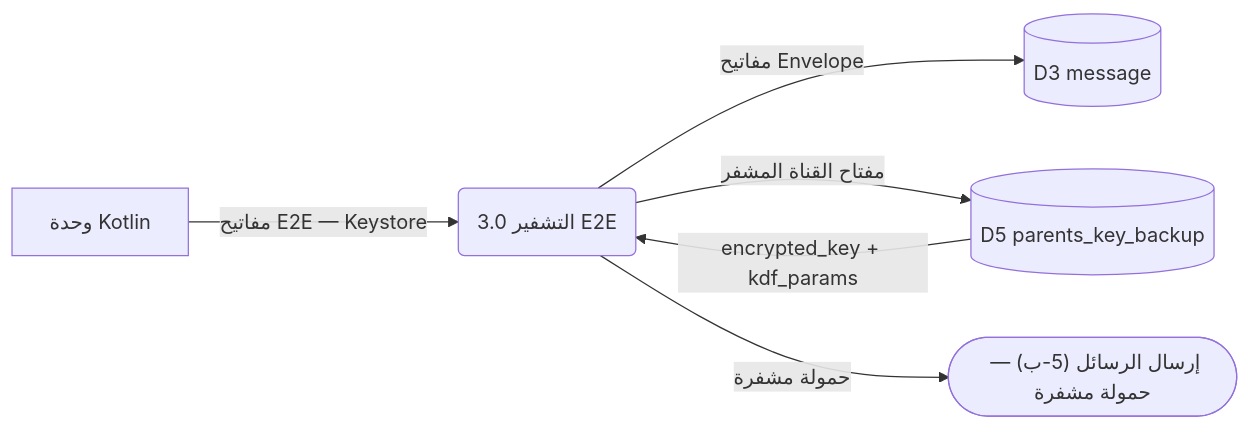
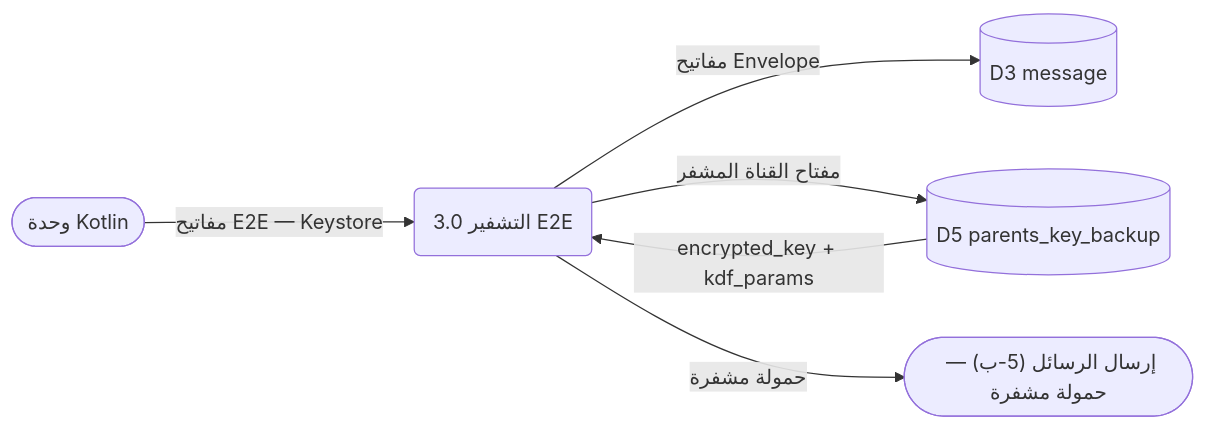
Diagram 21 of 27 in docs/family-os/governance/phases/phase-1/S1-08-chat-basic/DIAGRAMS.md (Bassam-mohammed-alqaeadi/family-os-v2), drawn with Mermaid before and after one commit. The commit also changed other lines of this file, not shown here.

````diff
--- a/docs/family-os/governance/phases/phase-1/S1-08-chat-basic/DIAGRAMS.md
+++ b/docs/family-os/governance/phases/phase-1/S1-08-chat-basic/DIAGRAMS.md
@@ -794,14 +796,14 @@
 ```mermaid
 flowchart LR
-    Kotlin[وحدة Kotlin]
+    Kotlin([وحدة Kotlin])
     P3(3.0 التشفير E2E)
     P2x(["إرسال الرسائل (5-ب) — حمولة مشفرة"])
     D3[(D3 message)]
     D5[(D5 parents_key_backup)]
 
     P3 -->|مفاتيح Envelope| D3
     P3 -->|مفتاح القناة المشفر| D5
     D5 -->|encrypted_key + kdf_params| P3
     Kotlin -->|مفاتيح E2E — Keystore| P3
     P3 -->|حمولة مشفرة| P2x
 ```
````
